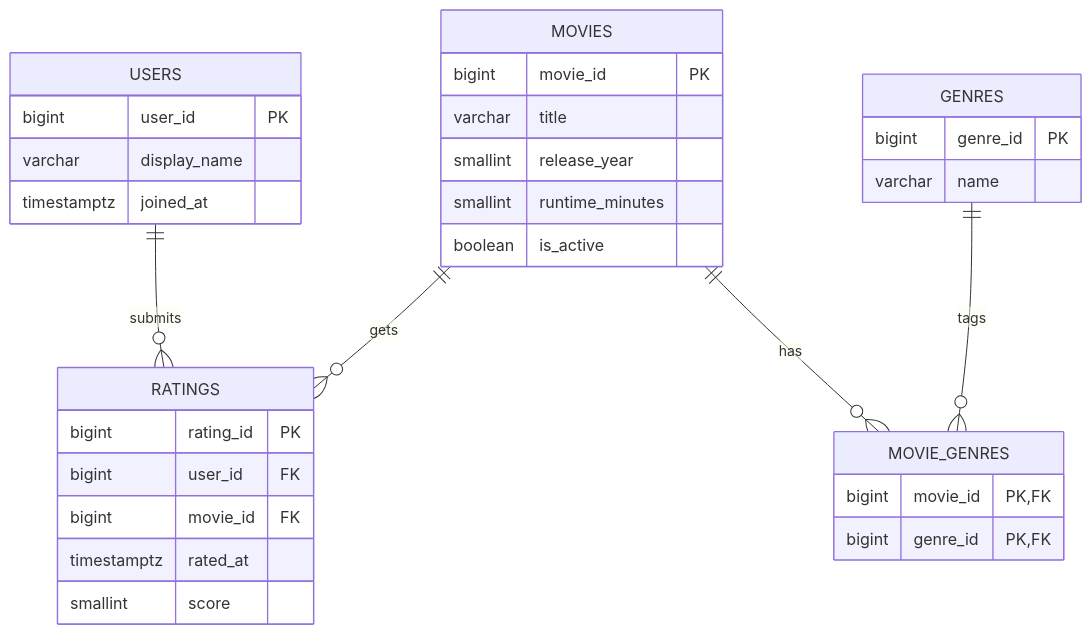
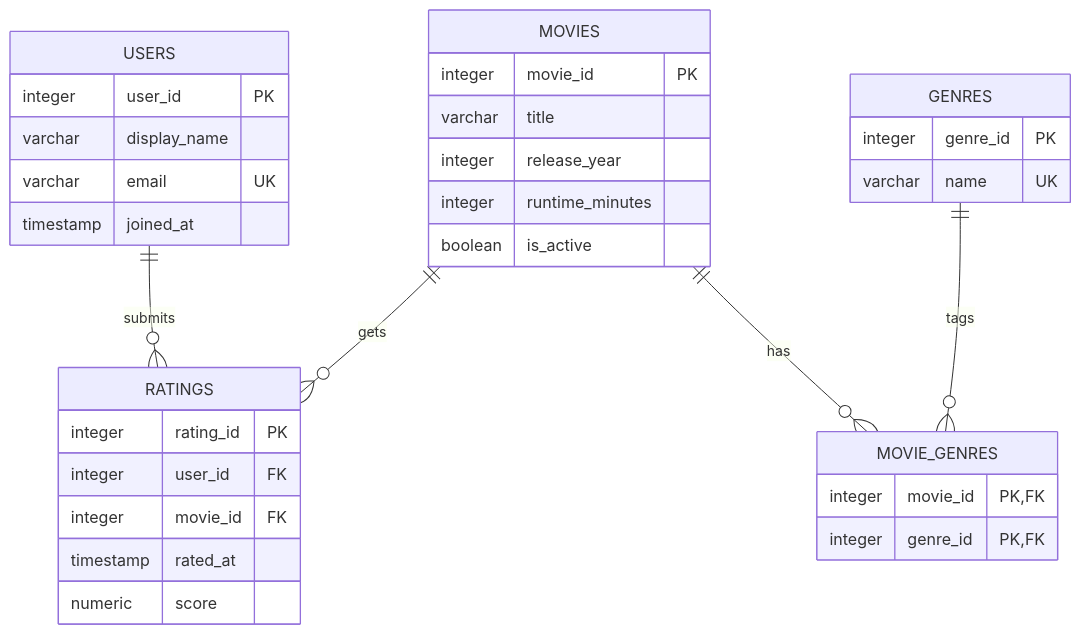
Before and after one commit to Nicholas-Ku/ex603-movie-tv-database: the diagram in schema/erd.mmd, drawn with Mermaid. The commit also changed 11 other files, not shown here.

Commit message:
Unit 2: add schema.sql with documented DDL, constraint write-up, and execution screenshots

```diff
--- a/schema/erd.mmd
+++ b/schema/erd.mmd
@@ -1,33 +1,34 @@
 erDiagram
     USERS ||--o{ RATINGS : submits
     MOVIES ||--o{ RATINGS : gets
     MOVIES ||--o{ MOVIE_GENRES : has
     GENRES ||--o{ MOVIE_GENRES : tags
 
     USERS {
-        bigint user_id PK
+        integer user_id PK
         varchar display_name
-        timestamptz joined_at
+        varchar email UK
+        timestamp joined_at
     }
     MOVIES {
-        bigint movie_id PK
+        integer movie_id PK
         varchar title
-        smallint release_year
-        smallint runtime_minutes
+        integer release_year
+        integer runtime_minutes
         boolean is_active
     }
     RATINGS {
-        bigint rating_id PK
-        bigint user_id FK
-        bigint movie_id FK
-        timestamptz rated_at
-        smallint score
+        integer rating_id PK
+        integer user_id FK
+        integer movie_id FK
+        timestamp rated_at
+        numeric score
     }
     GENRES {
-        bigint genre_id PK
-        varchar name
+        integer genre_id PK
+        varchar name UK
     }
     MOVIE_GENRES {
-        bigint movie_id PK, FK
-        bigint genre_id PK, FK
+        integer movie_id PK, FK
+        integer genre_id PK, FK
     }
```
